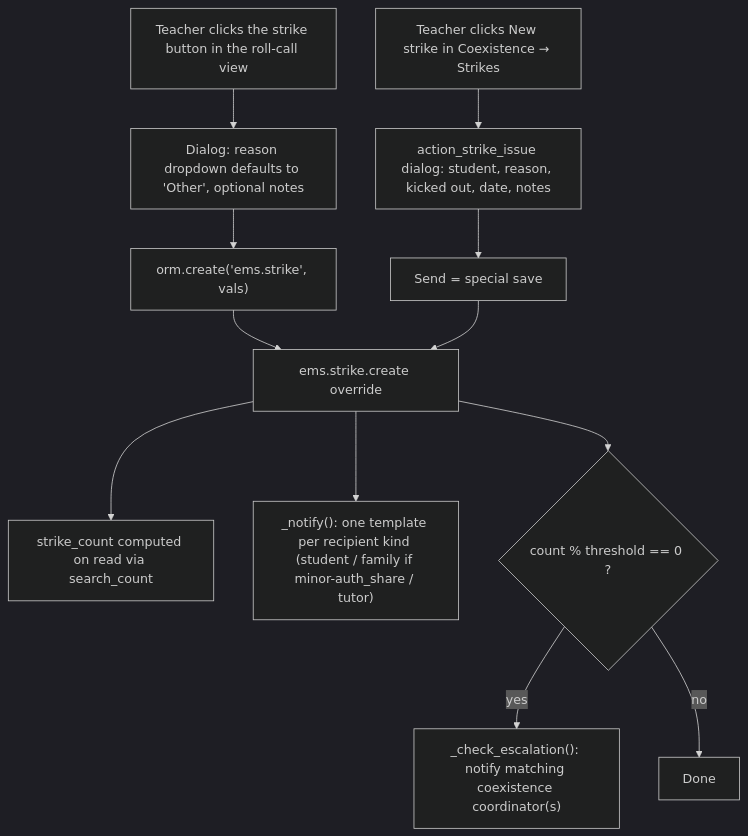
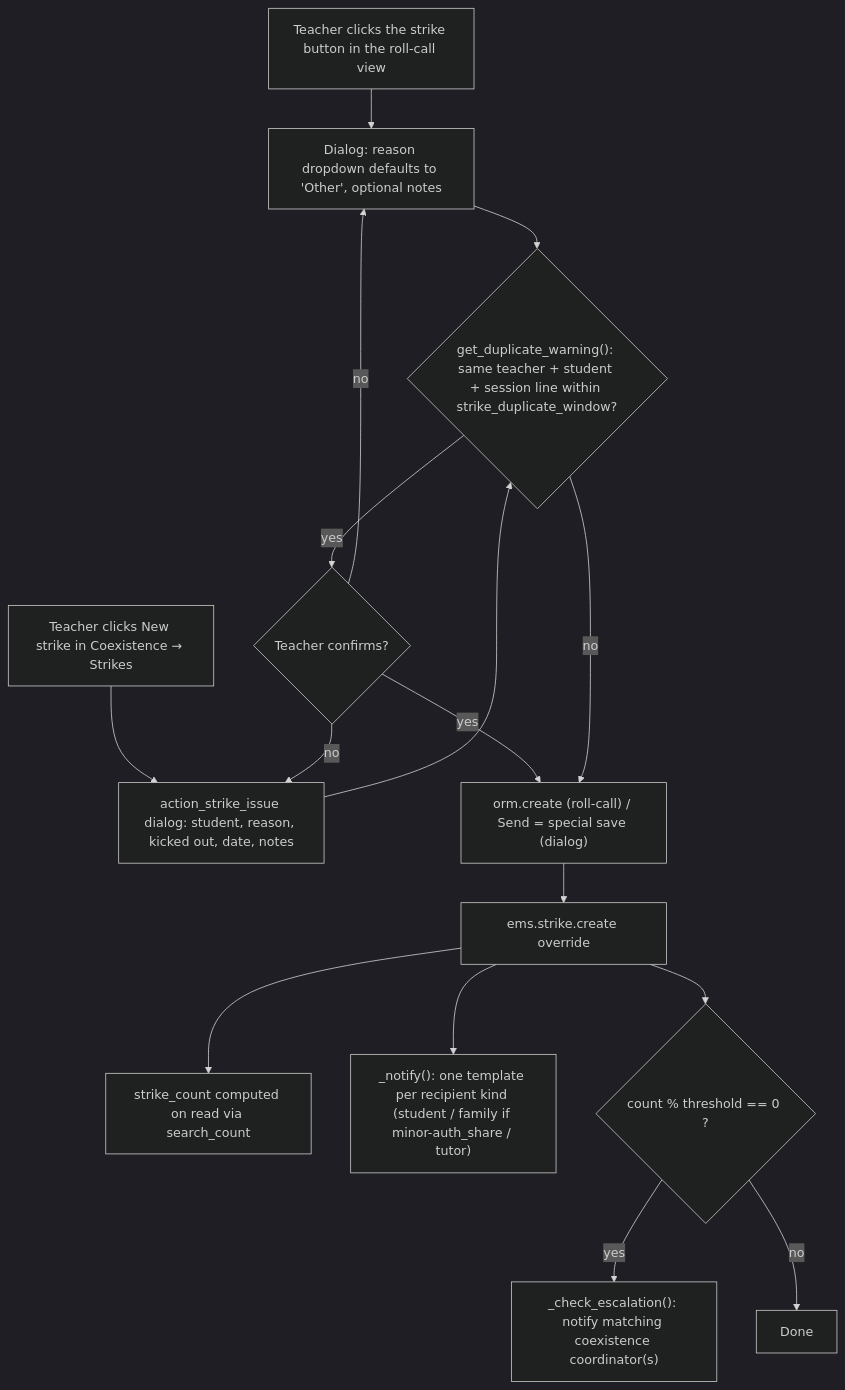
The diagram in docs/en/developers/coexistence/strike.md (ElPuig/EMS), drawn with Mermaid (dark theme) before and after one commit. The commit also changed other lines of this file and 227 other files, not shown here.

````diff
--- a/docs/en/developers/coexistence/strike.md
+++ b/docs/en/developers/coexistence/strike.md
@@ -49,14 +49,18 @@
 ```mermaid
 flowchart TD
     A[Teacher clicks the strike button in the roll-call view] --> B[Dialog: reason dropdown defaults to 'Other', optional notes]
-    B --> C["orm.create('ems.strike', vals)"]
+    A2[Teacher clicks New strike in Coexistence → Strikes] --> B2["action_strike_issue dialog: student, reason, kicked out, date, notes"]
+    B --> W{"get_duplicate_warning(): same teacher + student + session line within strike_duplicate_window?"}
+    B2 --> W
+    W -- yes --> X{Teacher confirms?}
+    X -- no --> B
+    X -- no --> B2
+    X -- yes --> C
+    W -- no --> C["orm.create (roll-call) / Send = special save (dialog)"]
     C --> D[ems.strike.create override]
-    A2[Teacher clicks New strike in Coexistence → Strikes] --> B2["action_strike_issue dialog: student, reason, kicked out, date, notes"]
-    B2 --> C2[Send = special save]
-    C2 --> D
     D --> E[strike_count computed on read via search_count]
     D --> F["_notify(): one template per recipient kind (student / family if minor-auth_share / tutor)"]
     D --> G{"count % threshold == 0 ?"}
     G -- yes --> H["_check_escalation(): notify matching coexistence coordinator(s)"]
     G -- no --> I[Done]
 ```
````
